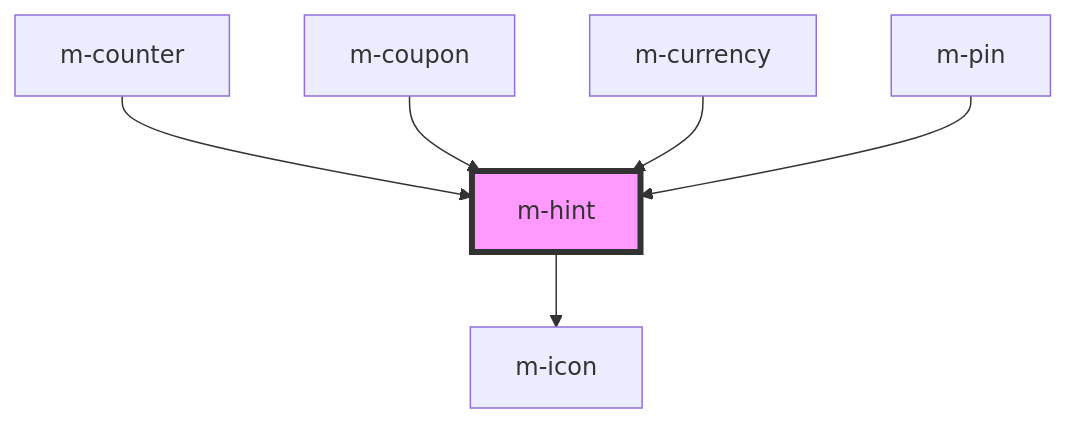
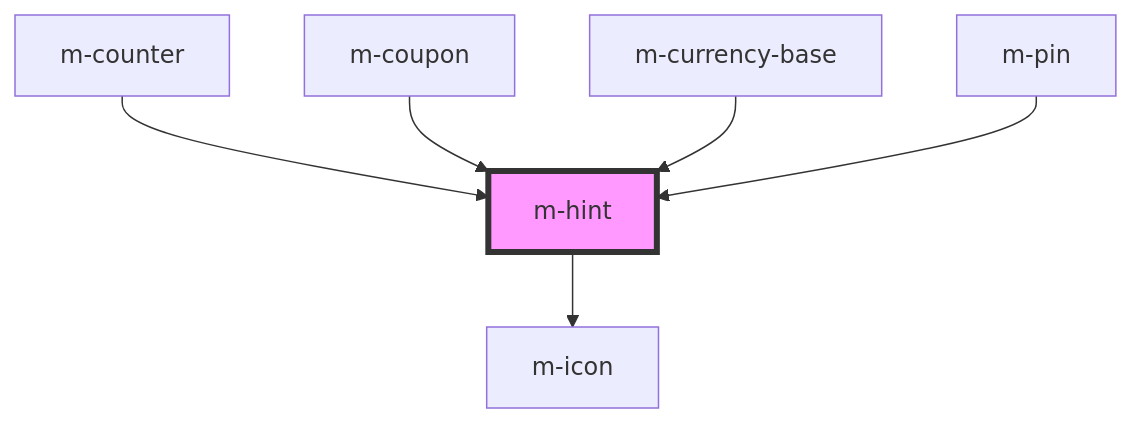
The diagram in libraries/modyo-design-system/src/components/m-hint/readme.md (dynamic-framework/dynamic-ui), drawn with Mermaid before and after one commit. The commit also changed other lines of this file and 12 other files, not shown here.

Commit message:
refactor: replace mCurrency as mCurrencyBase

````diff
--- a/libraries/modyo-design-system/src/components/m-hint/readme.md
+++ b/libraries/modyo-design-system/src/components/m-hint/readme.md
@@ -37,9 +37,9 @@
 ```mermaid
 graph TD;
   m-hint --> m-icon
   m-counter --> m-hint
   m-coupon --> m-hint
-  m-currency --> m-hint
+  m-currency-base --> m-hint
   m-pin --> m-hint
   style m-hint fill:#f9f,stroke:#333,stroke-width:4px
 ```
````
